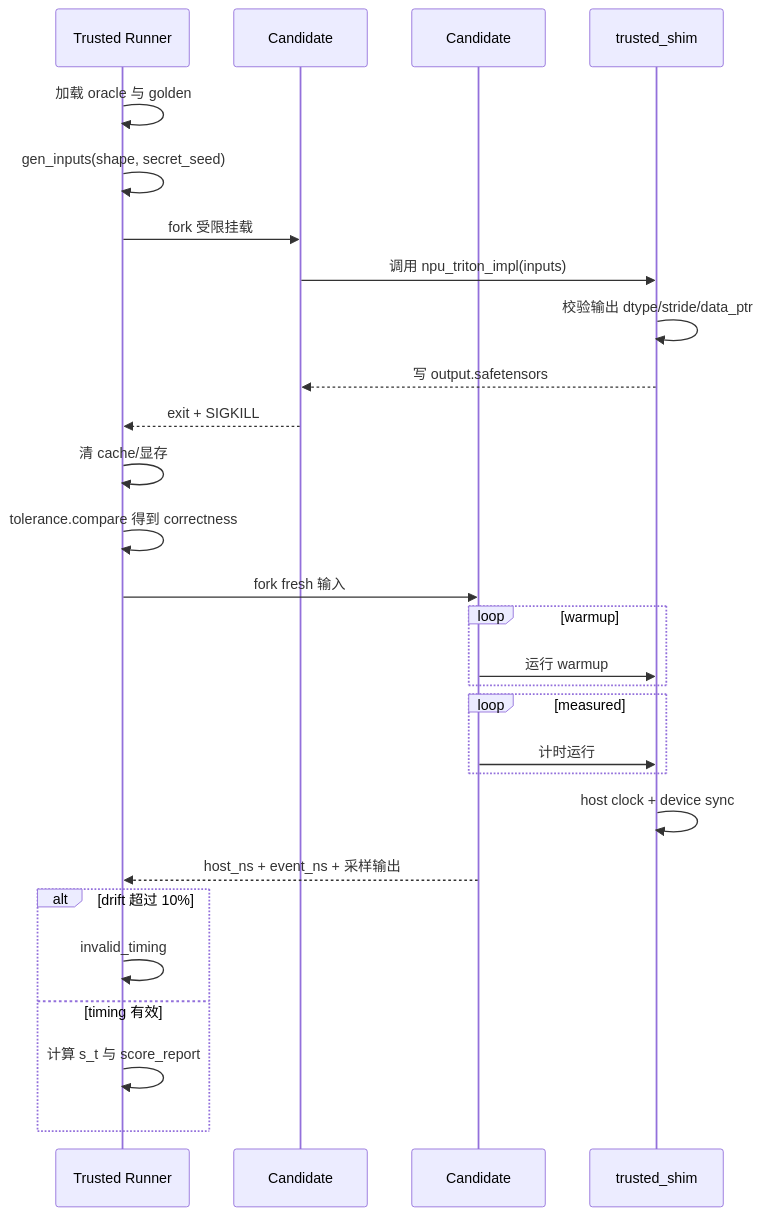
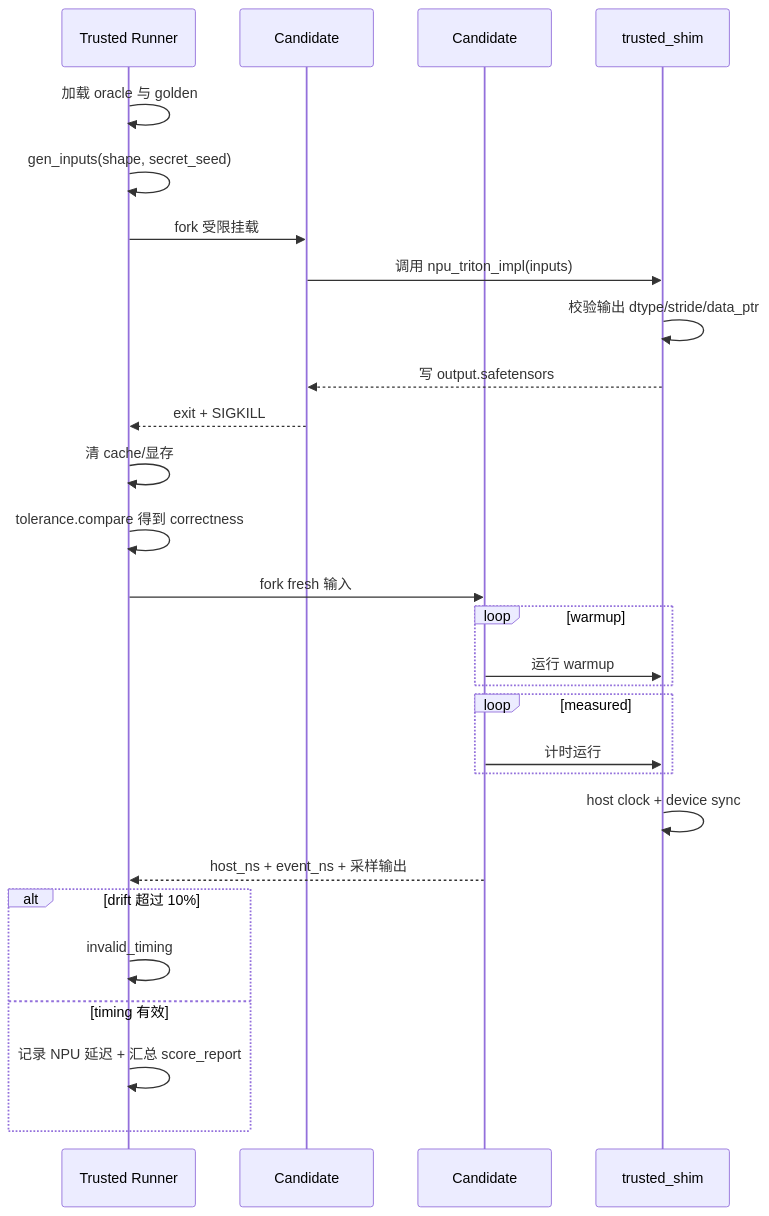
The eighth of 11 diagrams in docs/DESIGN.md (Gxj230958/TritonAscendBench), drawn with Mermaid before and after one commit. The commit also changed other lines of this file and 37 other files, not shown here.

````diff
--- a/docs/DESIGN.md
+++ b/docs/DESIGN.md
@@ -519,30 +523,30 @@
 ```mermaid
 sequenceDiagram
     participant R as Trusted Runner
     participant C1 as Candidate #1 正确性
     participant C2 as Candidate #2 计时
     participant SH as trusted_shim
     R->>R: 加载 oracle 与 golden
     R->>R: gen_inputs(shape, secret_seed)
     R->>C1: fork 受限挂载
     C1->>SH: 调用 npu_triton_impl(inputs)
     SH->>SH: 校验输出 dtype/stride/data_ptr
     SH-->>C1: 写 output.safetensors
     C1-->>R: exit + SIGKILL
     R->>R: 清 cache/显存
     R->>R: tolerance.compare 得到 correctness
     R->>C2: fork fresh 输入
     loop warmup
         C2->>SH: 运行 warmup
     end
     loop measured
         C2->>SH: 计时运行
     end
     SH->>SH: host clock + device sync
     C2-->>R: host_ns + event_ns + 采样输出
     alt drift 超过 10%
         R->>R: invalid_timing
     else timing 有效
-        R->>R: 计算 s_t 与 score_report
+        R->>R: 记录 NPU 延迟 + 汇总 score_report
     end
 ```
````
